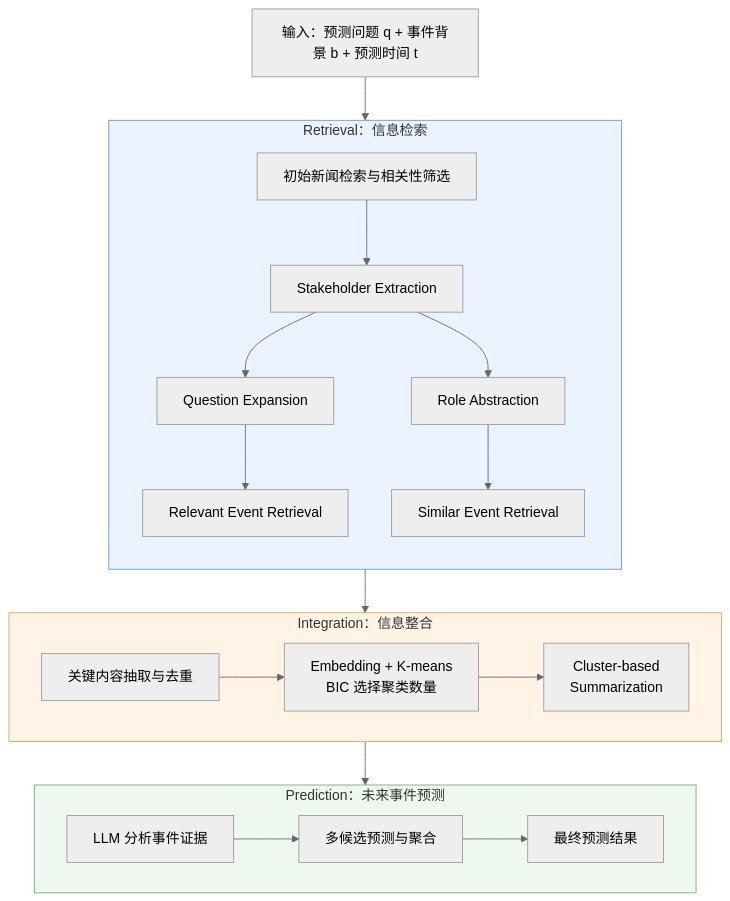
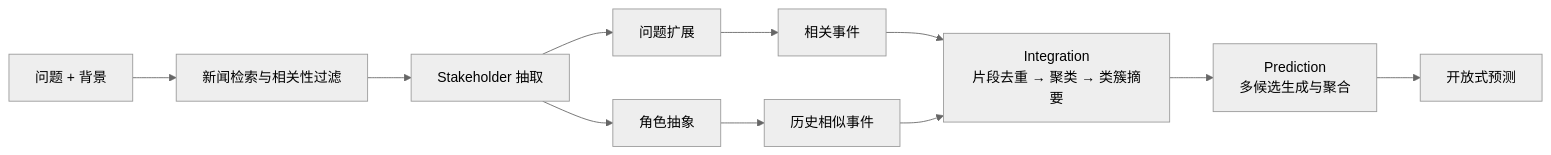
One commit to charienustc/charienustc.github.io changed the diagram in src/content/blog/note/lun-wen-bi-ji-openep-open-ended-future-event-prediction.md. Above: the diagram before and after it, drawn with Mermaid (neutral theme). The commit also changed other lines of this file, not shown here.

````diff
--- a/src/content/blog/note/lun-wen-bi-ji-openep-open-ended-future-event-prediction.md
+++ b/src/content/blog/note/lun-wen-bi-ji-openep-open-ended-future-event-prediction.md
@@ -160,49 +67,13 @@
 ```mermaid
-flowchart TB
-    Q["输入：预测问题 q + 事件背景 b + 预测时间 t"]
-
-    subgraph R["Retrieval：信息检索"]
-        direction TB
-
-        R1["初始新闻检索与相关性筛选"]
-        R2["Stakeholder Extraction"]
-
-        R3["Question Expansion"]
-        R4["Role Abstraction"]
-
-        R5["Relevant Event Retrieval"]
-        R6["Similar Event Retrieval"]
-
-        R1 --> R2
-        R2 --> R3
-        R2 --> R4
-        R3 --> R5
-        R4 --> R6
-    end
-
-    subgraph I["Integration：信息整合"]
-        direction LR
-        I1["关键内容抽取与去重"]
-        I2["Embedding + K-means<br/>BIC 选择聚类数量"]
-        I3["Cluster-based<br/>Summarization"]
-
-        I1 --> I2 --> I3
-    end
-
-    subgraph P["Prediction：未来事件预测"]
-        direction LR
-        P1["LLM 分析事件证据"]
-        P2["多候选预测与聚合"]
-        P3["最终预测结果"]
-
-        P1 --> P2 --> P3
-    end
-
-    Q --> R
-    R --> I
-    I --> P
-
-    style R fill:#eaf3ff,stroke:#6699cc
-    style I fill:#fff4e6,stroke:#d9a35f
-    style P fill:#eef8ee,stroke:#78a878
+flowchart LR
+    Q["问题 + 背景"] --> R1["新闻检索与相关性过滤"]
+    R1 --> R2["Stakeholder 抽取"]
+    R2 --> R3["问题扩展"]
+    R2 --> R4["角色抽象"]
+    R3 --> R5["相关事件"]
+    R4 --> R6["历史相似事件"]
+    R5 --> I["Integration<br/>片段去重 → 聚类 → 类簇摘要"]
+    R6 --> I
+    I --> P["Prediction<br/>多候选生成与聚合"]
+    P --> O["开放式预测"]
 ```
````
